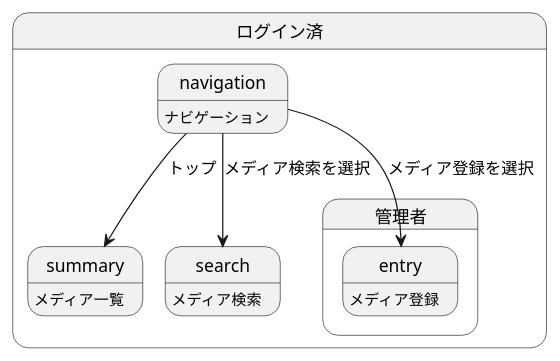
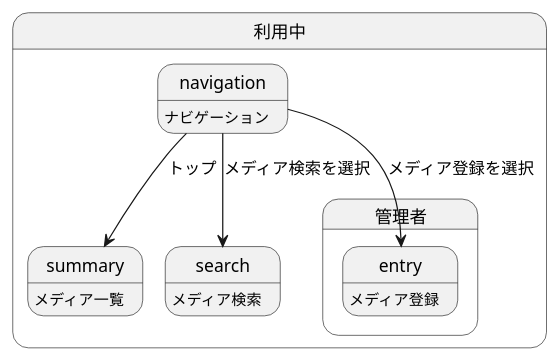
The diagram in doc/6_ui/flow/navigation.puml (hachimitu22/MangaViewer), drawn with PlantUML before and after one commit. The commit also changed 2 other files, not shown here.

```diff
--- a/doc/6_ui/flow/navigation.puml
+++ b/doc/6_ui/flow/navigation.puml
@@ -1,18 +1,18 @@
 @startuml
 
-state "ログイン済" as Signin {
+state "利用中" as InUse {
     summary : メディア一覧
     search : メディア検索
     navigation : ナビゲーション
 
     state "管理者" as Admin {
         entry : メディア登録
     }
 }
 
 ' 共通
-Signin.navigation --> Signin.summary : トップ
-Signin.navigation --> Signin.search : メディア検索を選択
-Signin.navigation --> Signin.Admin.entry : メディア登録を選択
+InUse.navigation --> InUse.summary : トップ
+InUse.navigation --> InUse.search : メディア検索を選択
+InUse.navigation --> InUse.Admin.entry : メディア登録を選択
 
 @enduml
```
